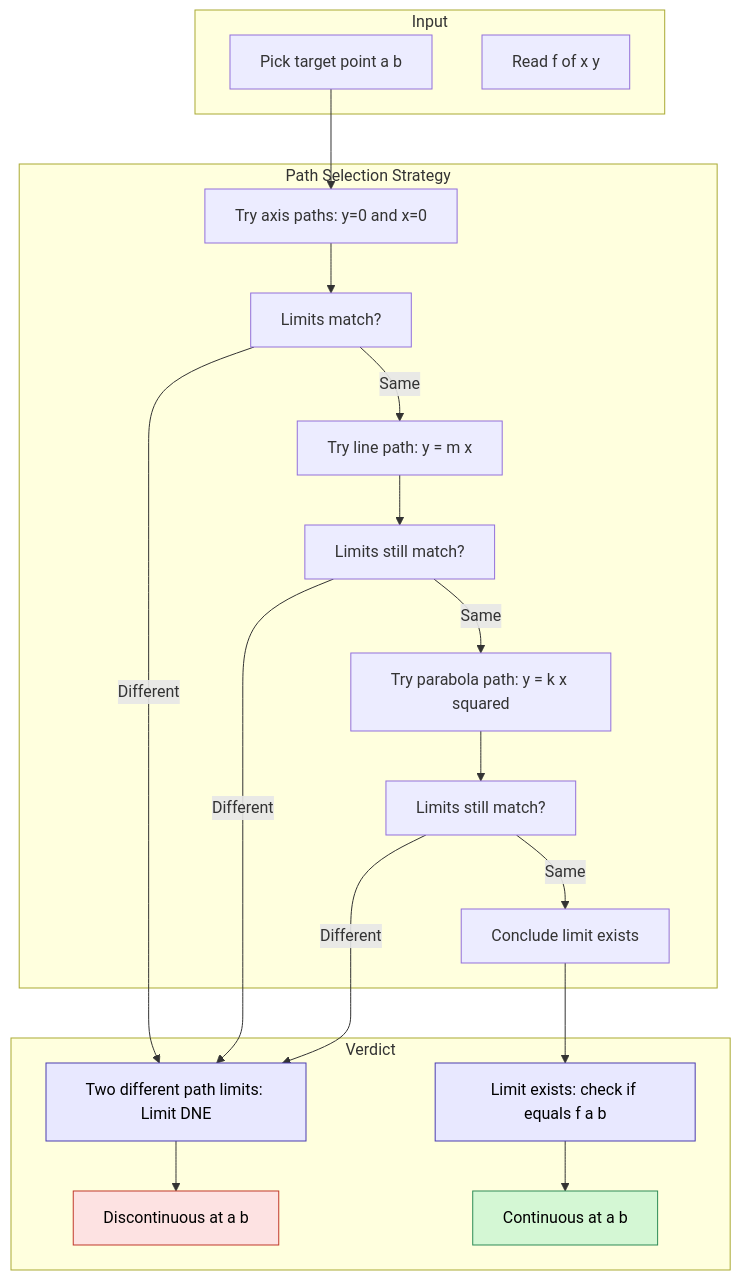
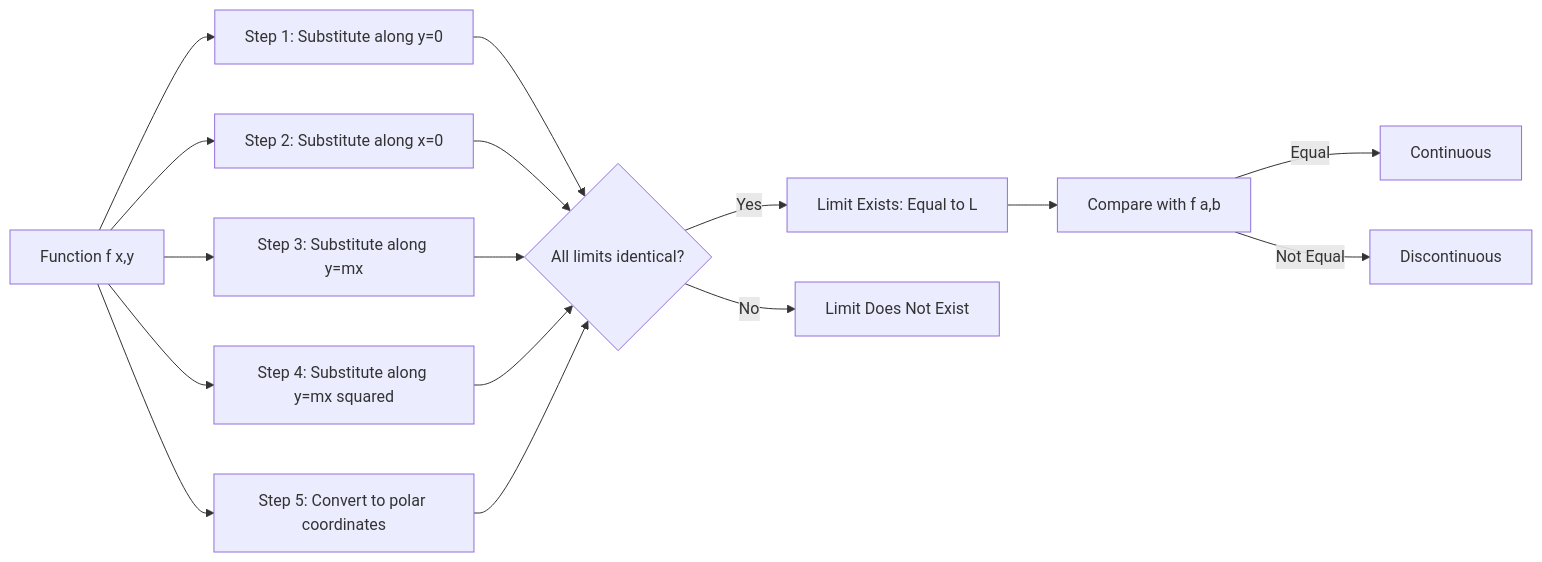
One commit to vishnuu-kr/ktunode changed the fourth of 5 diagrams in public/notes/computer-science-and-engineering/semester-1/gamat101-mathematics-for-information-science-1/02-module-2-functions-of-several-variables-domains-and-ranges/partial-derivatives-and-continuity/notes.md. Above: the diagram before and after it, drawn with Mermaid. The commit also changed other lines of this file and 4829 other files, not shown here.

````diff
--- a/public/notes/computer-science-and-engineering/semester-1/gamat101-mathematics-for-information-science-1/02-module-2-functions-of-several-variables-domains-and-ranges/partial-derivatives-and-continuity/notes.md
+++ b/public/notes/computer-science-and-engineering/semester-1/gamat101-mathematics-for-information-science-1/02-module-2-functions-of-several-variables-domains-and-ranges/partial-derivatives-and-continuity/notes.md
@@ -384,42 +340,18 @@
 ```mermaid
-flowchart TD
-    subgraph INPUT[Input]
-        I1[Pick target point a b]
-        I2[Read f of x y]
-    end
-
-    subgraph STRATEGY[Path Selection Strategy]
-        S1[Try axis paths: y=0 and x=0]
-        S2[Limits match?]
-        S3[Try line path: y = m x]
-        S4[Limits still match?]
-        S5[Try parabola path: y = k x squared]
-        S6[Limits still match?]
-        S7[Conclude limit exists]
-    end
-
-    subgraph VERDICT[Verdict]
-        V1[Limit exists: check if equals f a b]
-        V2[Continuous at a b]
-        V3[Two different path limits: Limit DNE]
-        V4[Discontinuous at a b]
-    end
-
-    I1 --> S1 --> S2
-    S2 -- Different --> V3
-    S2 -- Same --> S3 --> S4
-    S4 -- Different --> V3
-    S4 -- Same --> S5 --> S6
-    S6 -- Different --> V3
-    S6 -- Same --> S7 --> V1 --> V2
-
-    V3 --> V4
-
-    classDef good fill:#d4f7d4,stroke:#2e8b57,color:#000;
-    classDef bad fill:#fde2e2,stroke:#c0392b,color:#000;
-    classDef box fill:#e8e8ff,stroke:#4b3caf,color:#000;
-
-    class V2 good
-    class V4 bad
-    class V1,V3 box
+flowchart LR
+    A[Function f x,y] --> B[Step 1: Substitute along y=0]
+    A --> C[Step 2: Substitute along x=0]
+    A --> D[Step 3: Substitute along y=mx]
+    A --> E[Step 4: Substitute along y=mx squared]
+    A --> F[Step 5: Convert to polar coordinates]
+    B --> G{All limits identical?}
+    C --> G
+    D --> G
+    E --> G
+    F --> G
+    G -->|Yes| H[Limit Exists: Equal to L]
+    G -->|No| I[Limit Does Not Exist]
+    H --> J[Compare with f a,b]
+    J -->|Equal| K[Continuous]
+    J -->|Not Equal| L[Discontinuous]
 ```
````
